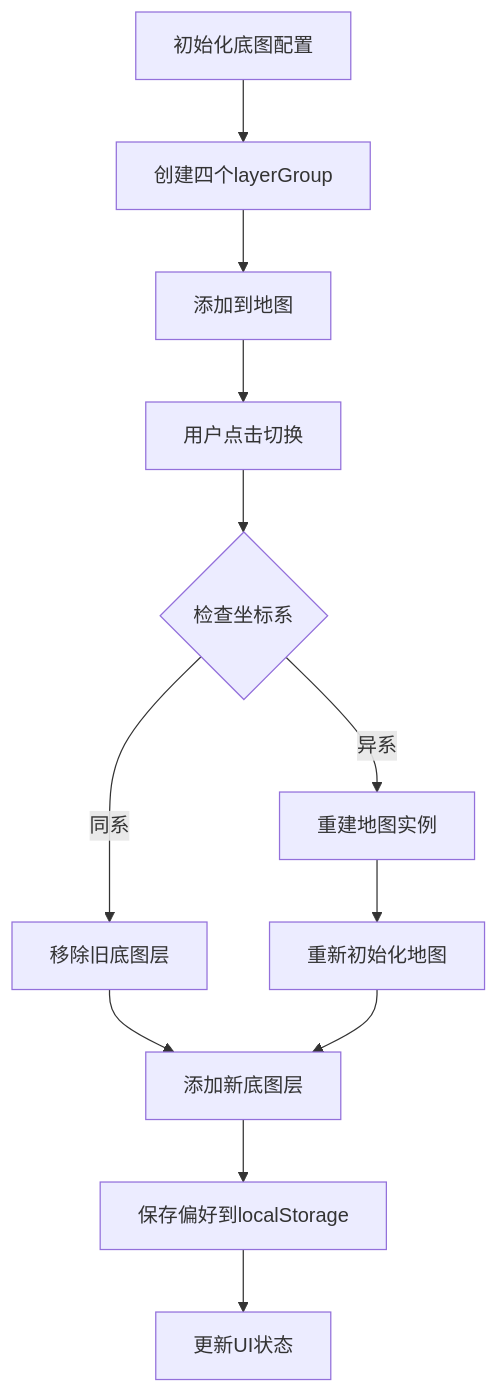
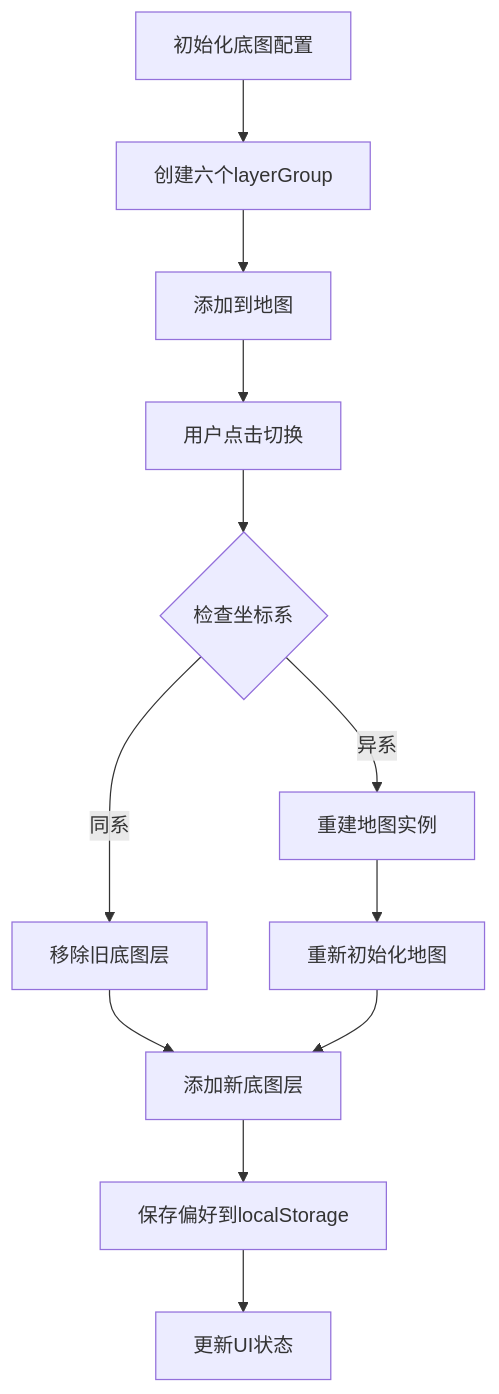
The fifth of 9 diagrams in .qoder/repowiki/zh/content/前端应用文档/地图可视化.md (q446328246/agri-platform), drawn with Mermaid before and after one commit. The commit also changed other lines of this file and 44 other files, not shown here.

Commit message:
docs: 同步 repowiki 知识卡片与地图可视化文档重生成结果

````diff
--- a/.qoder/repowiki/zh/content/前端应用文档/地图可视化.md
+++ b/.qoder/repowiki/zh/content/前端应用文档/地图可视化.md
@@ -331,14 +378,14 @@
 ```mermaid
 flowchart TD
-Init["初始化底图配置"] --> CreateLayers["创建四个layerGroup"]
+Init["初始化底图配置"] --> CreateLayers["创建六个layerGroup"]
 CreateLayers --> AddToMap["添加到地图"]
 AddToMap --> UserClick["用户点击切换"]
 UserClick --> CheckCoord{"检查坐标系"}
 CheckCoord --> |同系| RemoveOld["移除旧底图层"]
 CheckCoord --> |异系| RebuildMap["重建地图实例"]
 RemoveOld --> AddNew["添加新底图层"]
 RebuildMap --> InitMap["重新初始化地图"]
 InitMap --> AddNew
 AddNew --> SavePref["保存偏好到localStorage"]
 SavePref --> UpdateUI["更新UI状态"]
 ```
````
